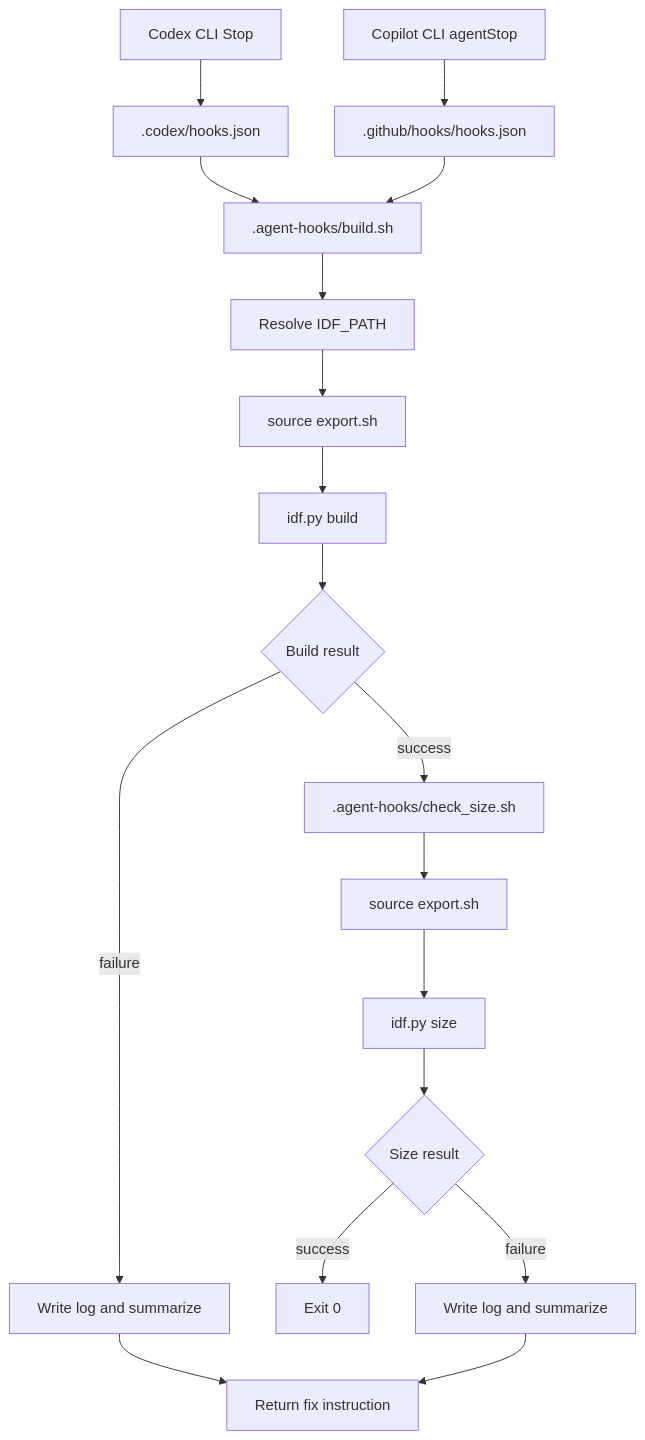
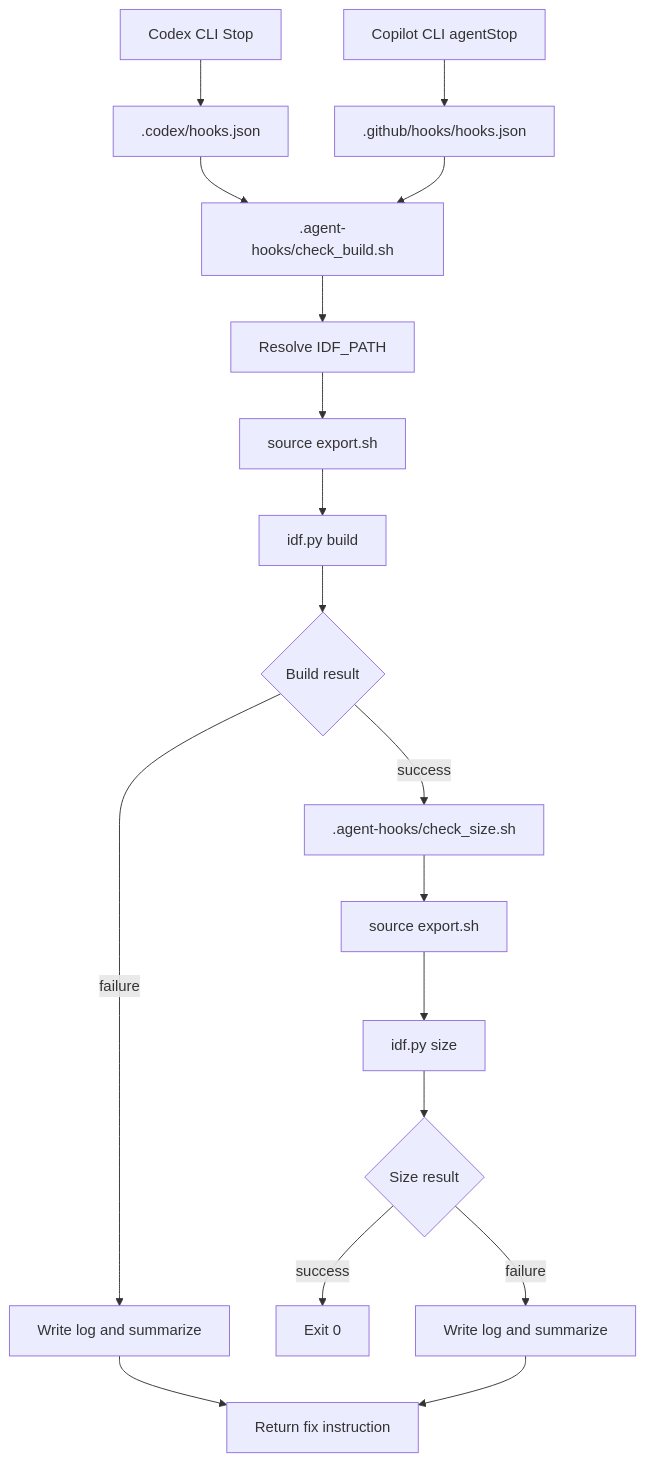
The first of 2 diagrams in docs/DESIGN.md (tkumata/prone-model), drawn with Mermaid before and after one commit. The commit also changed other lines of this file and 6 other files, not shown here.

````diff
--- a/docs/DESIGN.md
+++ b/docs/DESIGN.md
@@ -382,20 +382,20 @@
 ```mermaid
 flowchart TD
   A["Codex CLI Stop"] --> C[".codex/hooks.json"]
   B["Copilot CLI agentStop"] --> D[".github/hooks/hooks.json"]
-  C --> E[".agent-hooks/build.sh"]
+  C --> E[".agent-hooks/check_build.sh"]
   D --> E
   E --> F["Resolve IDF_PATH"]
   F --> G["source export.sh"]
   G --> H["idf.py build"]
   H --> I{"Build result"}
   I -->|success| J[".agent-hooks/check_size.sh"]
   I -->|failure| K["Write log and summarize"]
   J --> L["source export.sh"]
   L --> M["idf.py size"]
   M --> N{"Size result"}
   N -->|success| O["Exit 0"]
   N -->|failure| P["Write log and summarize"]
   K --> Q["Return fix instruction"]
   P --> Q
 ```
````
